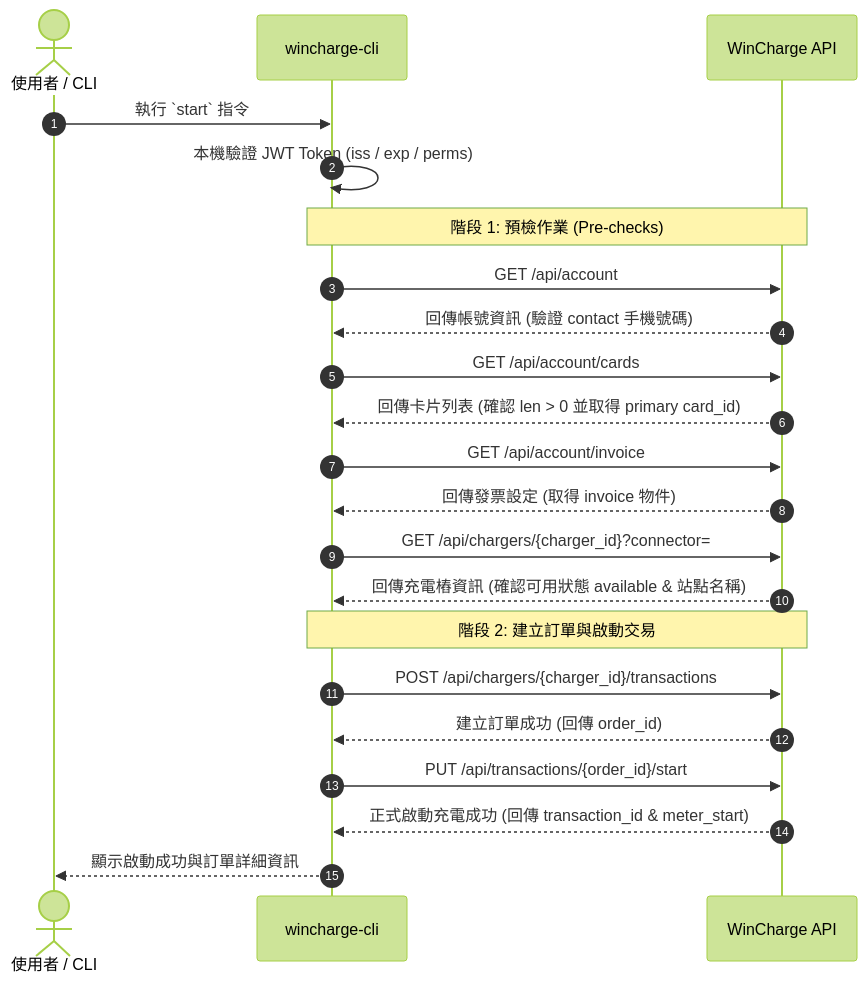
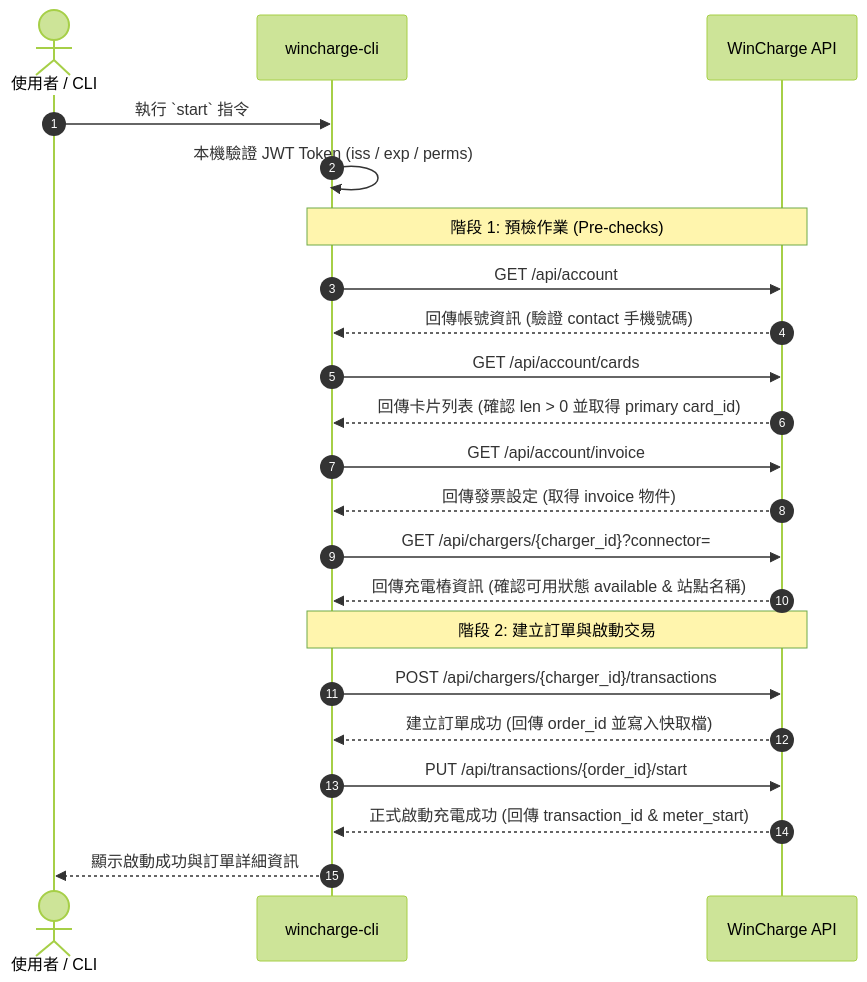
One commit to shuangrain/wincharge-cli changed the third of 3 diagrams in README.md. Above: the diagram before and after it, drawn with Mermaid (forest theme). The commit also changed other lines of this file and 1 other file, not shown here.

Commit message:
feat: add --json flag, last order ID caching, and Home Assistant integration docs

````diff
--- a/README.md
+++ b/README.md
@@ -82,32 +138,32 @@
 ```mermaid
 sequenceDiagram
     autonumber
     actor User as 使用者 / CLI
     participant Script as wincharge-cli
     participant API as WinCharge API
 
     User->>Script: 執行 `start` 指令
     Script->>Script: 本機驗證 JWT Token (iss / exp / perms)
 
     note over Script, API: 階段 1: 預檢作業 (Pre-checks)
     Script->>API: GET /api/account
     API-->>Script: 回傳帳號資訊 (驗證 contact 手機號碼)
     
     Script->>API: GET /api/account/cards
     API-->>Script: 回傳卡片列表 (確認 len > 0 並取得 primary card_id)
     
     Script->>API: GET /api/account/invoice
     API-->>Script: 回傳發票設定 (取得 invoice 物件)
     
     Script->>API: GET /api/chargers/{charger_id}?connector=
     API-->>Script: 回傳充電樁資訊 (確認可用狀態 available & 站點名稱)
 
     note over Script, API: 階段 2: 建立訂單與啟動交易
     Script->>API: POST /api/chargers/{charger_id}/transactions
-    API-->>Script: 建立訂單成功 (回傳 order_id)
+    API-->>Script: 建立訂單成功 (回傳 order_id 並寫入快取檔)
     
     Script->>API: PUT /api/transactions/{order_id}/start
     API-->>Script: 正式啟動充電成功 (回傳 transaction_id & meter_start)
 
     Script-->>User: 顯示啟動成功與訂單詳細資訊
 ```
````
